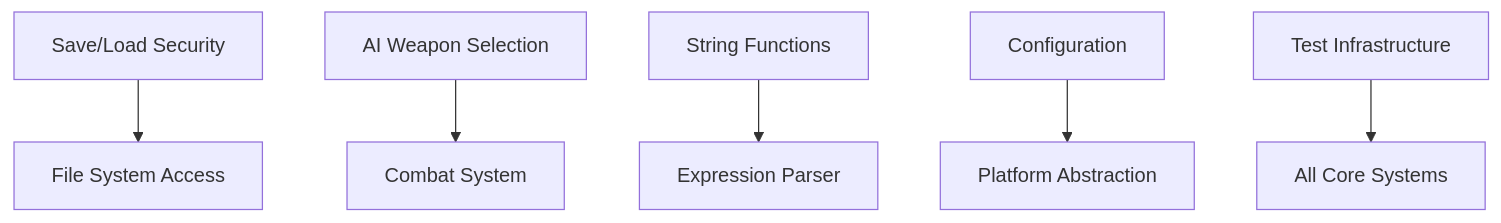
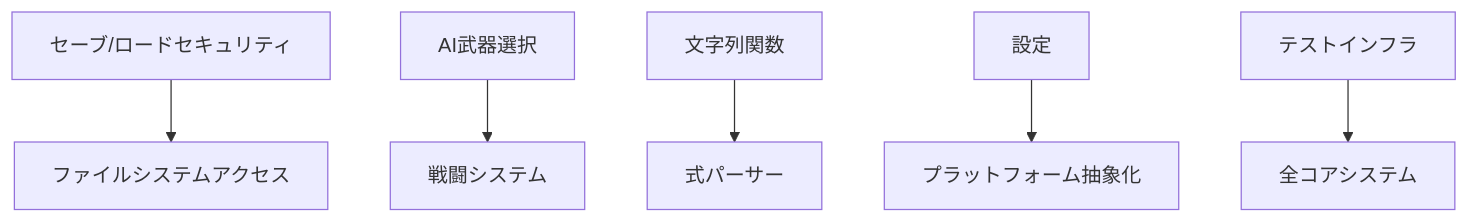
One commit to 7474/SRC changed the diagram in migration-roadmap/technical-breakdown.md. Above: the diagram before and after it, drawn with Mermaid. The commit also changed other lines of this file and 7 other files, not shown here.

Commit message:
Translate migration roadmap documentation to Japanese - Main files and Epic A-C completed

````diff
--- a/migration-roadmap/technical-breakdown.md
+++ b/migration-roadmap/technical-breakdown.md
@@ -91,8 +91,8 @@
 ```mermaid
 graph TD
-    A[Save/Load Security] --> B[File System Access]
-    C[AI Weapon Selection] --> D[Combat System]
-    E[String Functions] --> F[Expression Parser]
-    G[Configuration] --> H[Platform Abstraction]
-    I[Test Infrastructure] --> J[All Core Systems]
+    A[セーブ/ロードセキュリティ] --> B[ファイルシステムアクセス]
+    C[AI武器選択] --> D[戦闘システム]
+    E[文字列関数] --> F[式パーサー]
+    G[設定] --> H[プラットフォーム抽象化]
+    I[テストインフラ] --> J[全コアシステム]
 ```
````
